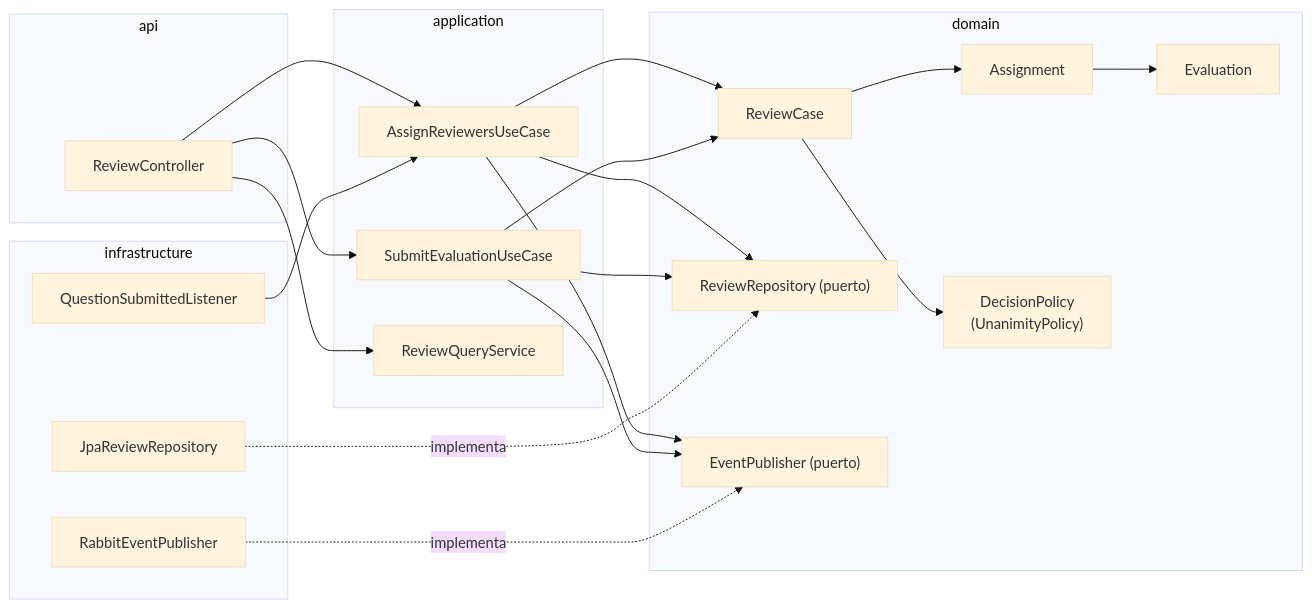
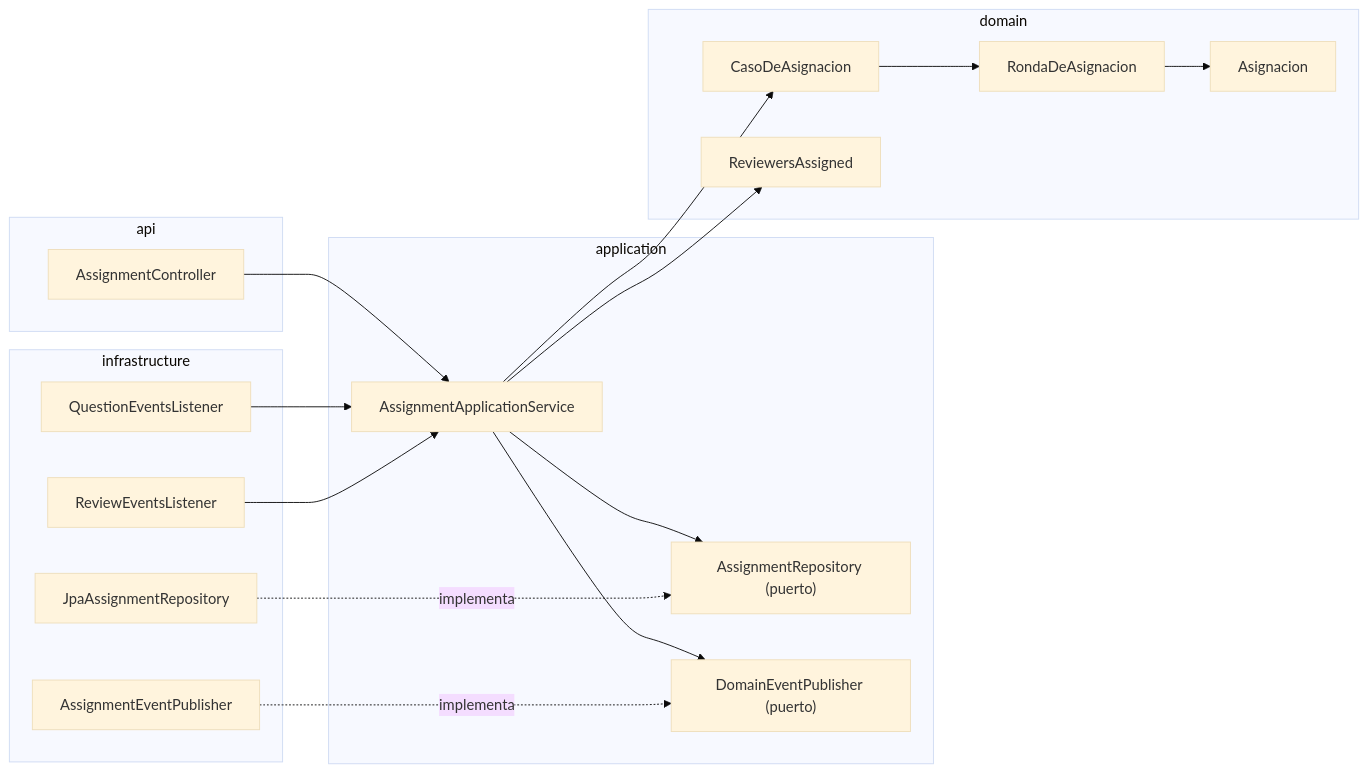
Before and after one commit to DVLASZ/banco-preguntas-saberpro: the fifth of 27 diagrams in docs/corte-2/03-arquitectura-c4-uml.md, drawn with Mermaid (base theme). The commit also changed other lines of this file and 83 other files, not shown here.

Commit message:
Documentación de la arquitectura de 14 servicios: historias, contextos y eventos, C4, patrones y prototipos, con todos los diagramas

````diff
--- a/docs/corte-2/03-arquitectura-c4-uml.md
+++ b/docs/corte-2/03-arquitectura-c4-uml.md
@@ -91,39 +187,34 @@
 ```mermaid
 flowchart LR
   subgraph api
-    RC["ReviewController"]
+    AC["AssignmentController"]
   end
   subgraph application
-    AR["AssignReviewersUseCase"]
-    SE["SubmitEvaluationUseCase"]
-    RQ["ReviewQueryService"]
+    AAS["AssignmentApplicationService"]
+    AR["AssignmentRepository (puerto)"]
+    AP["DomainEventPublisher (puerto)"]
   end
   subgraph domain
-    CASE["ReviewCase"]
-    ASG["Assignment"]
-    EVA["Evaluation"]
-    POL["DecisionPolicy<br/>(UnanimityPolicy)"]
-    PR["ReviewRepository (puerto)"]
-    PE["EventPublisher (puerto)"]
+    CASE["CasoDeAsignacion"]
+    RON["RondaDeAsignacion"]
+    ASG["Asignacion"]
+    EV["ReviewersAssigned"]
   end
   subgraph infrastructure
-    JPA["JpaReviewRepository"]
-    PUB["RabbitEventPublisher"]
-    LIS["QuestionSubmittedListener"]
+    JPA["JpaAssignmentRepository"]
+    PUB["AssignmentEventPublisher"]
+    QL["QuestionEventsListener"]
+    RL["ReviewEventsListener"]
   end
-  RC --> AR
-  RC --> SE
-  RC --> RQ
-  AR --> CASE
-  SE --> CASE
-  CASE --> ASG
-  ASG --> EVA
-  CASE --> POL
-  AR --> PR
-  SE --> PR
-  AR --> PE
-  SE --> PE
-  JPA -. implementa .-> PR
-  PUB -. implementa .-> PE
-  LIS --> AR
+  AC --> AAS
+  AAS --> CASE
+  CASE --> RON
+  RON --> ASG
+  AAS --> EV
+  AAS --> AR
+  AAS --> AP
+  JPA -. implementa .-> AR
+  PUB -. implementa .-> AP
+  QL --> AAS
+  RL --> AAS
 ```
````
